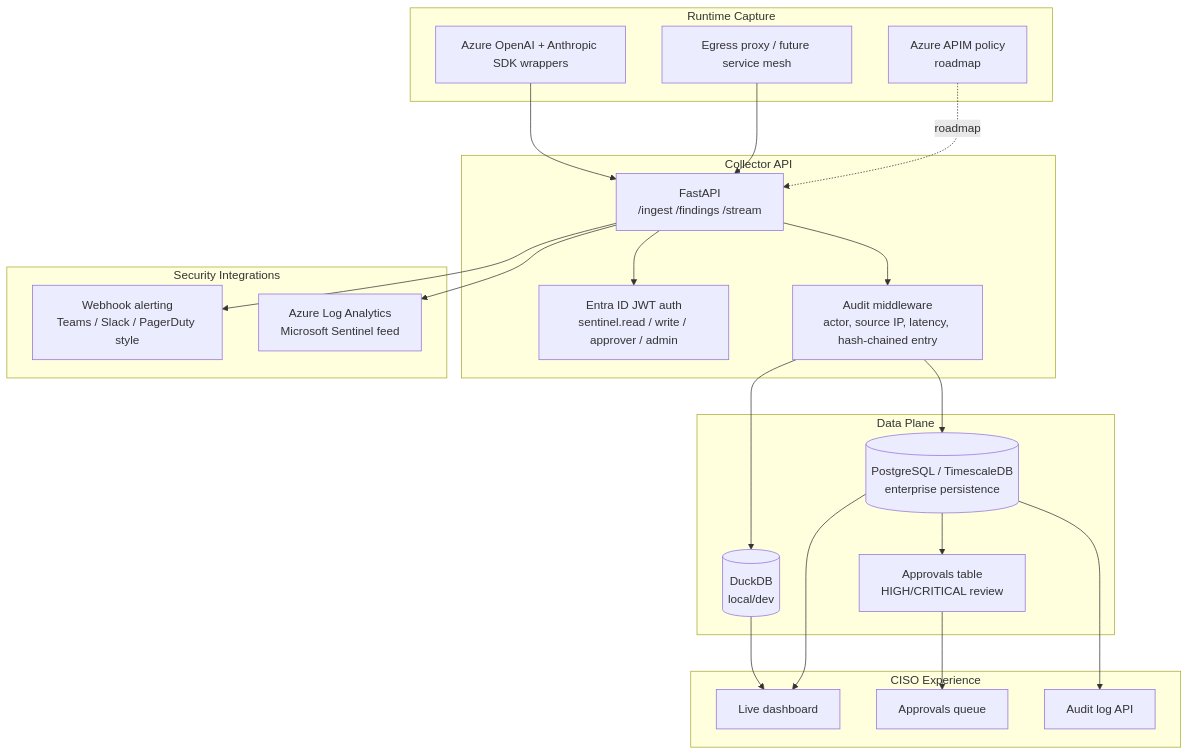
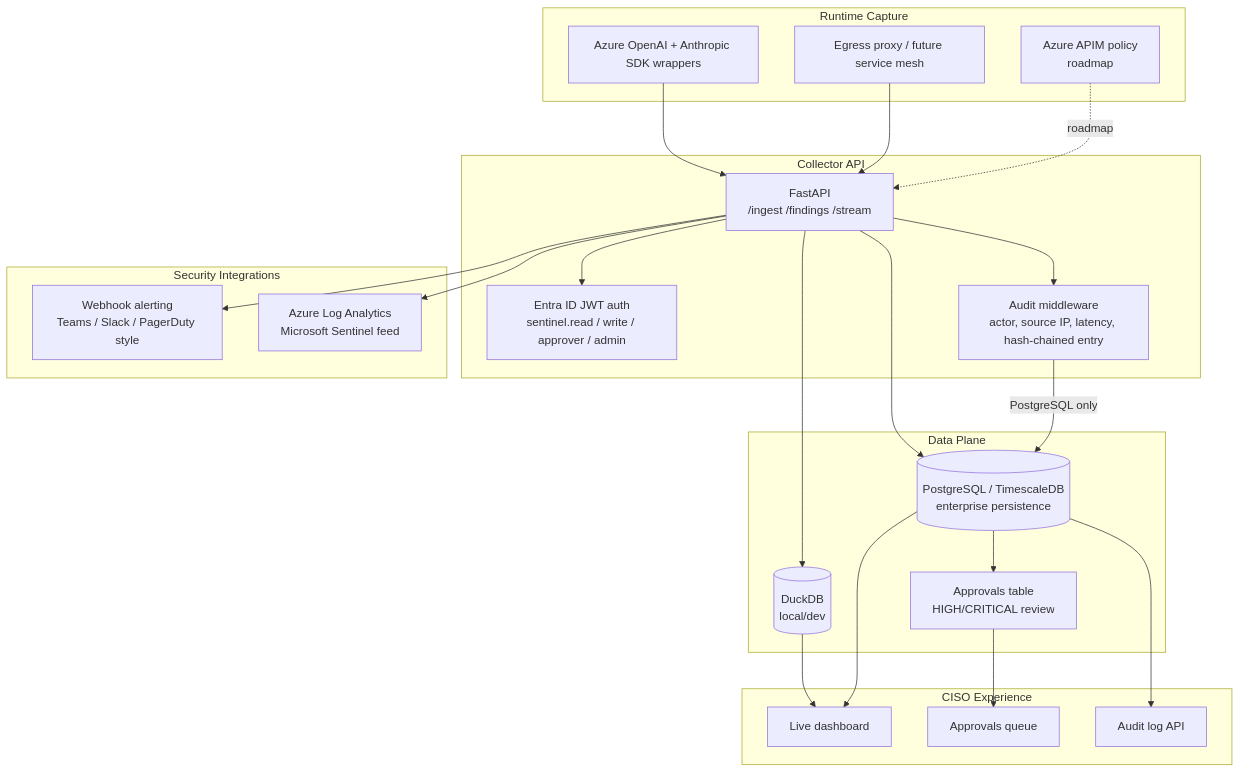
Before and after one commit to anandnarayanan2017/anandnarayanan-blog: the diagram in agent-sentinel/docs/blog/technical-details/04-enterprise-foundation.md, drawn with Mermaid. The commit also changed 2 other files, not shown here.

Commit message:
Agent Sentinel diagrams: fix Part 2 render error, Part 4 audit arrow, Part 5 roadmap labels
- Part 2 sequence diagram: a ";" inside message text ends the statement in
  Mermaid, so the diagram failed to render (on GitHub too).
- Part 4 container diagram: audit entries went to DuckDB, but the text and
  the code say DuckDB keeps no audit trail (501). Events and findings now go
  from the API to either store; the audit trail goes to PostgreSQL only.
- Part 5 mindmap: Azure APIM, MCP Gateway, Splunk, multi-tenancy and audit
  exports are not built; mark them "roadmap", as NIST AI RMF and ISO 42001
  already were.

````diff
--- a/agent-sentinel/docs/blog/technical-details/04-enterprise-foundation.md
+++ b/agent-sentinel/docs/blog/technical-details/04-enterprise-foundation.md
@@ -143,46 +143,47 @@
 ```mermaid
 flowchart TB
     subgraph Runtime["Runtime Capture"]
         SDKS["Azure OpenAI + Anthropic SDK wrappers"]
         PROXY["Egress proxy / future service mesh"]
         APIM["Azure APIM policy\nroadmap"]
     end
 
     subgraph API["Collector API"]
         FASTAPI["FastAPI\n/ingest /findings /stream"]
         AUTH["Entra ID JWT auth\nsentinel.read / write / approver / admin"]
         AUDIT["Audit middleware\nactor, source IP, latency, hash-chained entry"]
     end
 
     subgraph Data["Data Plane"]
         DUCK[("DuckDB\nlocal/dev")]
         PG[("PostgreSQL / TimescaleDB\nenterprise persistence")]
         APPROVALS["Approvals table\nHIGH/CRITICAL review"]
     end
 
     subgraph UX["CISO Experience"]
         DASH["Live dashboard"]
         REVIEW["Approvals queue"]
         AUDITUI["Audit log API"]
     end
 
     subgraph Integrations["Security Integrations"]
         WH["Webhook alerting\nTeams / Slack / PagerDuty style"]
         LA["Azure Log Analytics\nMicrosoft Sentinel feed"]
     end
 
     SDKS --> FASTAPI
     PROXY --> FASTAPI
     APIM -. roadmap .-> FASTAPI
     FASTAPI --> AUTH
     FASTAPI --> AUDIT
-    AUDIT --> DUCK
-    AUDIT --> PG
+    FASTAPI --> DUCK
+    FASTAPI --> PG
+    AUDIT -- "PostgreSQL only" --> PG
     PG --> APPROVALS
     DUCK --> DASH
     PG --> DASH
     APPROVALS --> REVIEW
     PG --> AUDITUI
     FASTAPI --> WH
     FASTAPI --> LA
 ```
````
